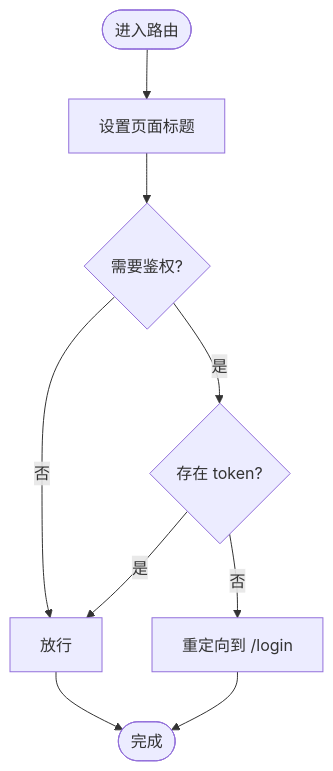
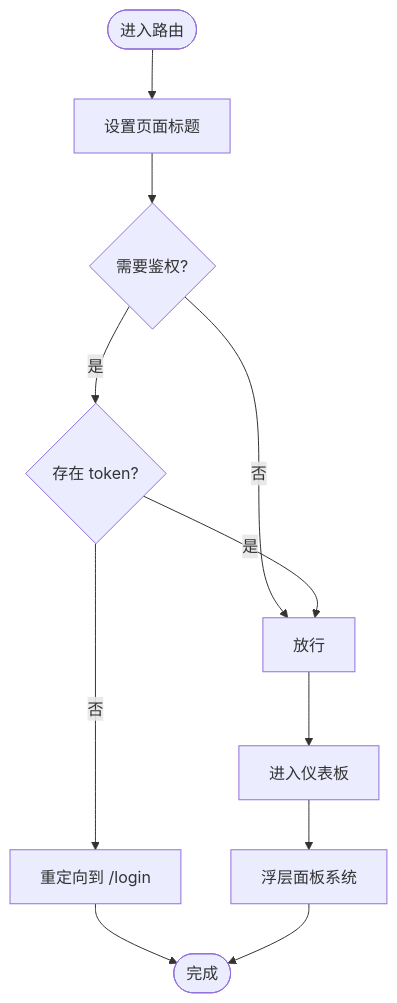
The sixth of 11 diagrams in .qoder/repowiki/zh/content/前端应用文档/应用架构.md (q446328246/agri-platform), drawn with Mermaid before and after one commit. The commit also changed other lines of this file and 39 other files, not shown here.

````diff
--- a/.qoder/repowiki/zh/content/前端应用文档/应用架构.md
+++ b/.qoder/repowiki/zh/content/前端应用文档/应用架构.md
@@ -195,11 +286,13 @@
 ```mermaid
 flowchart TD
 Start(["进入路由"]) --> SetTitle["设置页面标题"]
 SetTitle --> CheckAuth{"需要鉴权?"}
 CheckAuth --> |否| Allow["放行"]
 CheckAuth --> |是| HasToken{"存在 token?"}
 HasToken --> |否| Redirect["重定向到 /login"]
 HasToken --> |是| Allow
-Allow --> End(["完成"])
-Redirect --> End
+Allow --> Dashboard["进入仪表板"]
+Dashboard --> PanelSystem["浮层面板系统"]
+Redirect --> End(["完成"])
+PanelSystem --> End
 ```
````
